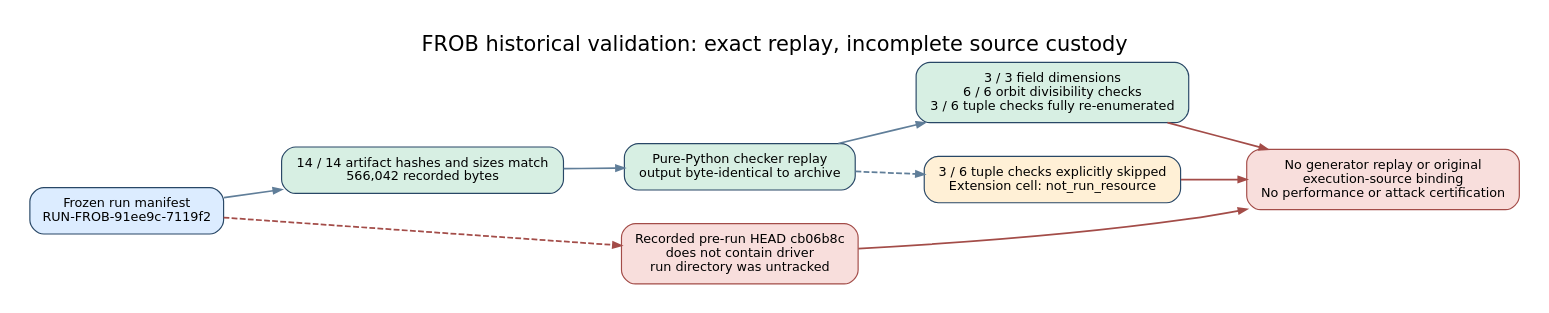
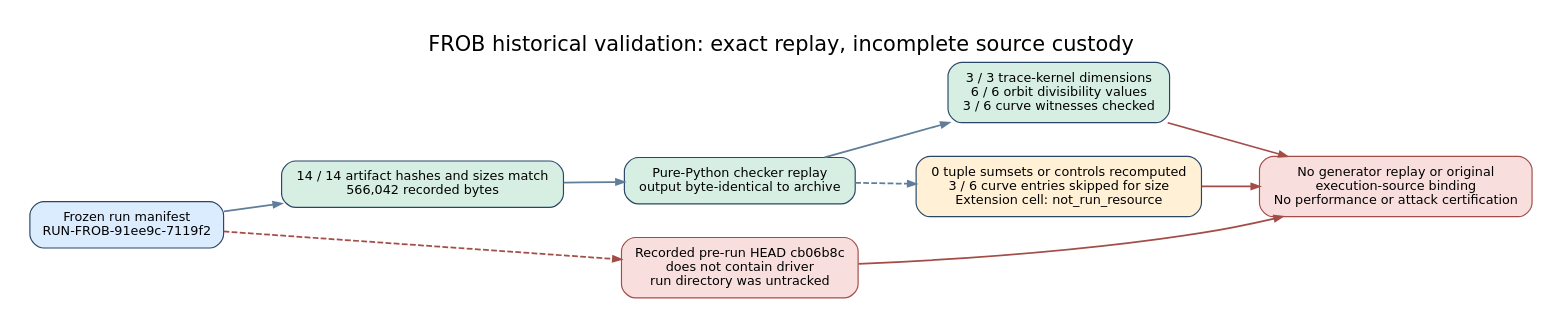
Before and after one commit to aburan28/crypto-autoresearcher: the diagram in docs/reports/2026-10-22-frob-provenance-audit/audit.dot, drawn with Graphviz. The commit also changed 9 other files, not shown here.

```diff
--- a/docs/reports/2026-10-22-frob-provenance-audit/audit.dot
+++ b/docs/reports/2026-10-22-frob-provenance-audit/audit.dot
@@ -1,18 +1,18 @@
 digraph frob_audit {
   graph [rankdir=LR, bgcolor="white", pad="0.25", nodesep="0.4", ranksep="0.7", fontname="DejaVu Sans", fontsize=18, label="FROB historical validation: exact replay, incomplete source custody", labelloc=t];
   node [shape=box, style="rounded,filled", color="#284766", fillcolor="#e7f1fb", fontname="DejaVu Sans", fontsize=11, margin="0.16,0.11"];
   edge [color="#607e99", penwidth=1.5, arrowsize=0.7];
 
   manifest [label="Frozen run manifest\nRUN-FROB-91ee9c-7119f2", fillcolor="#dcecff"];
   artifacts [label="14 / 14 artifact hashes and sizes match\n566,042 recorded bytes", fillcolor="#d7efe3"];
   checker [label="Pure-Python checker replay\noutput byte-identical to archive", fillcolor="#d7efe3"];
-  checked [label="3 / 3 field dimensions\n6 / 6 orbit divisibility checks\n3 / 6 tuple checks fully re-enumerated", fillcolor="#d7efe3"];
-  partial [label="3 / 6 tuple checks explicitly skipped\nExtension cell: not_run_resource", fillcolor="#fff0d6"];
+  checked [label="3 / 3 trace-kernel dimensions\n6 / 6 orbit divisibility values\n3 / 6 curve witnesses checked", fillcolor="#d7efe3"];
+  partial [label="0 tuple sumsets or controls recomputed\n3 / 6 curve entries skipped for size\nExtension cell: not_run_resource", fillcolor="#fff0d6"];
   source [label="Recorded pre-run HEAD cb06b8c\ndoes not contain driver\nrun directory was untracked", fillcolor="#f8dedc", color="#a34c48"];
   boundary [label="No generator replay or original\nexecution-source binding\nNo performance or attack certification", fillcolor="#f8dedc", color="#a34c48"];
 
   manifest -> artifacts -> checker -> checked;
   checker -> partial [style=dashed];
   manifest -> source [style=dashed, color="#a34c48"];
   {checked partial source} -> boundary [color="#a34c48"];
 }
```
